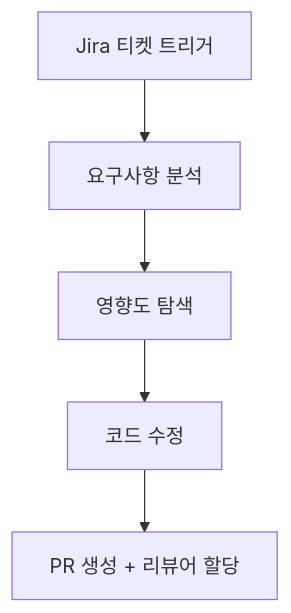
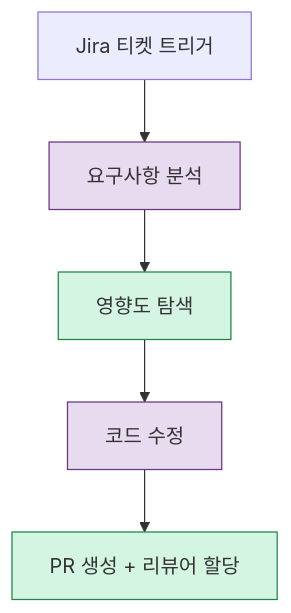
Before and after one commit to Gyubster/til: the second of 4 diagrams in _posts/2026-04-15-kais-파라미터-변경-ai-agent-설계-llm을-production-워크플로우에-적용하기.md, drawn with Mermaid. The commit also changed other lines of this file and 11 other files, not shown here.

````diff
--- a/_posts/2026-04-15-kais-파라미터-변경-ai-agent-설계-llm을-production-워크플로우에-적용하기.md
+++ b/_posts/2026-04-15-kais-파라미터-변경-ai-agent-설계-llm을-production-워크플로우에-적용하기.md
@@ -49,8 +49,11 @@
 ```mermaid
 flowchart TD
     A["Jira 티켓 트리거"] --> B["요구사항 분석"]
     B --> C["영향도 탐색"]
     C --> D["코드 수정"]
     D --> E["PR 생성 + 리뷰어 할당"]
-
+    style B fill:#e8daef,stroke:#6c3483
+    style D fill:#e8daef,stroke:#6c3483
+    style C fill:#d5f5e3,stroke:#1e8449
+    style E fill:#d5f5e3,stroke:#1e8449
 ```
````
